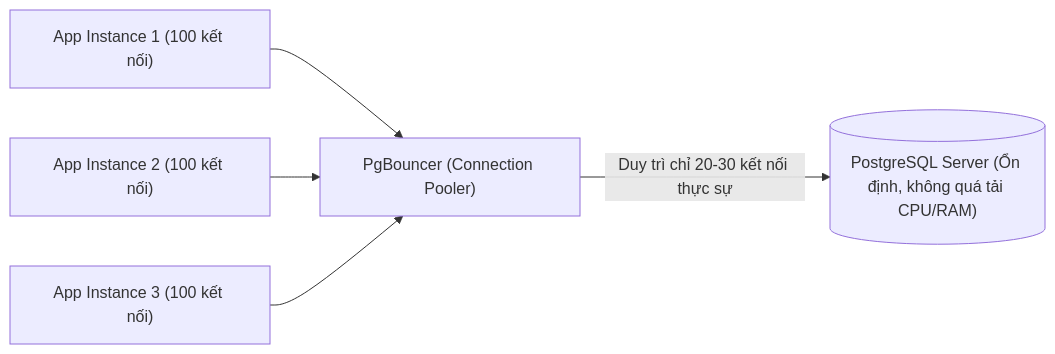
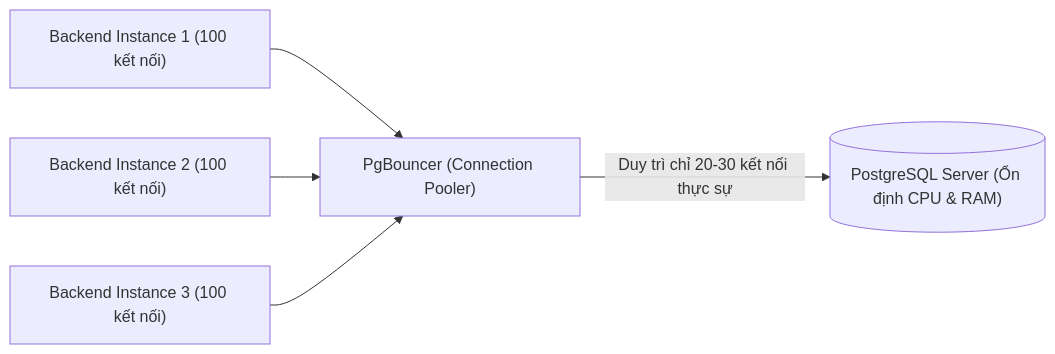
The ninth of 10 diagrams in database/Database.md (ThanhPhongvipvip/Tutorial), drawn with Mermaid before and after one commit. The commit also changed other lines of this file and 1 other file, not shown here.

````diff
--- a/database/Database.md
+++ b/database/Database.md
@@ -614,7 +1048,7 @@
 ```mermaid
 flowchart LR
-    App1["App Instance 1 (100 kết nối)"] --> PB["PgBouncer (Connection Pooler)"]
-    App2["App Instance 2 (100 kết nối)"] --> PB
-    App3["App Instance 3 (100 kết nối)"] --> PB
-    PB -->|"Duy trì chỉ 20-30 kết nối thực sự"| PG[("PostgreSQL Server (Ổn định, không quá tải CPU/RAM)")]
+    App1["Backend Instance 1 (100 kết nối)"] --> PB["PgBouncer (Connection Pooler)"]
+    App2["Backend Instance 2 (100 kết nối)"] --> PB
+    App3["Backend Instance 3 (100 kết nối)"] --> PB
+    PB -->|"Duy trì chỉ 20-30 kết nối thực sự"| PG[("PostgreSQL Server (Ổn định CPU & RAM)")]
 ```
````
